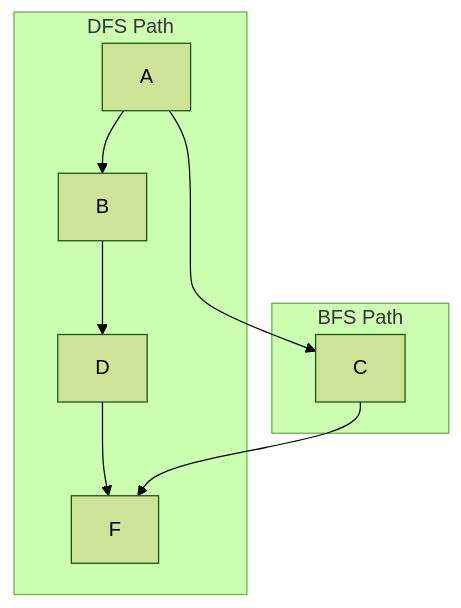
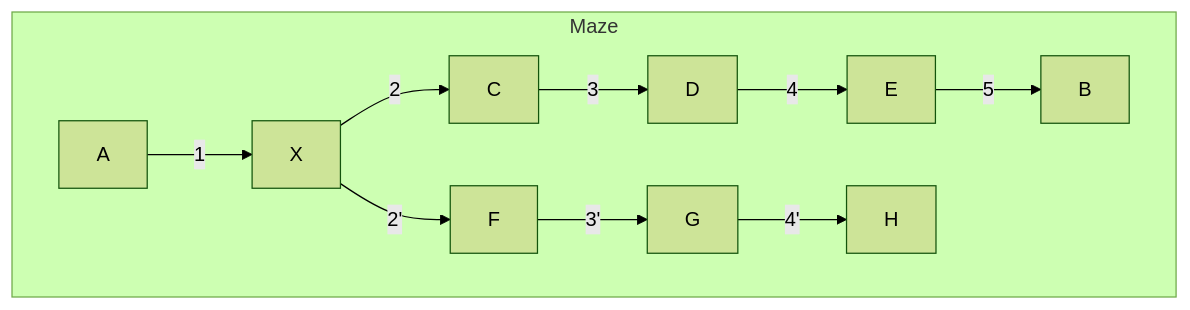
One commit to eltay89/eltay89.github.io changed the second of 4 diagrams in _posts/2025-08-08-ai-search-algorithms-a-z.md. Above: the diagram before and after it, drawn with Mermaid (forest theme). The commit also changed other lines of this file, not shown here.

````diff
--- a/_posts/2025-08-08-ai-search-algorithms-a-z.md
+++ b/_posts/2025-08-08-ai-search-algorithms-a-z.md
@@ -130,9 +152,7 @@
 ```mermaid
 graph TD
-    subgraph DFS Path
-        A --> B --> D --> F
-    end
-    subgraph BFS Path
-        A --> C --> F
+    subgraph Maze
+        A -- 1 --> X -- 2 --> C -- 3 --> D -- 4 --> E -- 5 --> B
+        X -- 2' --> F -- 3' --> G -- 4' --> H
     end
 ```
````
